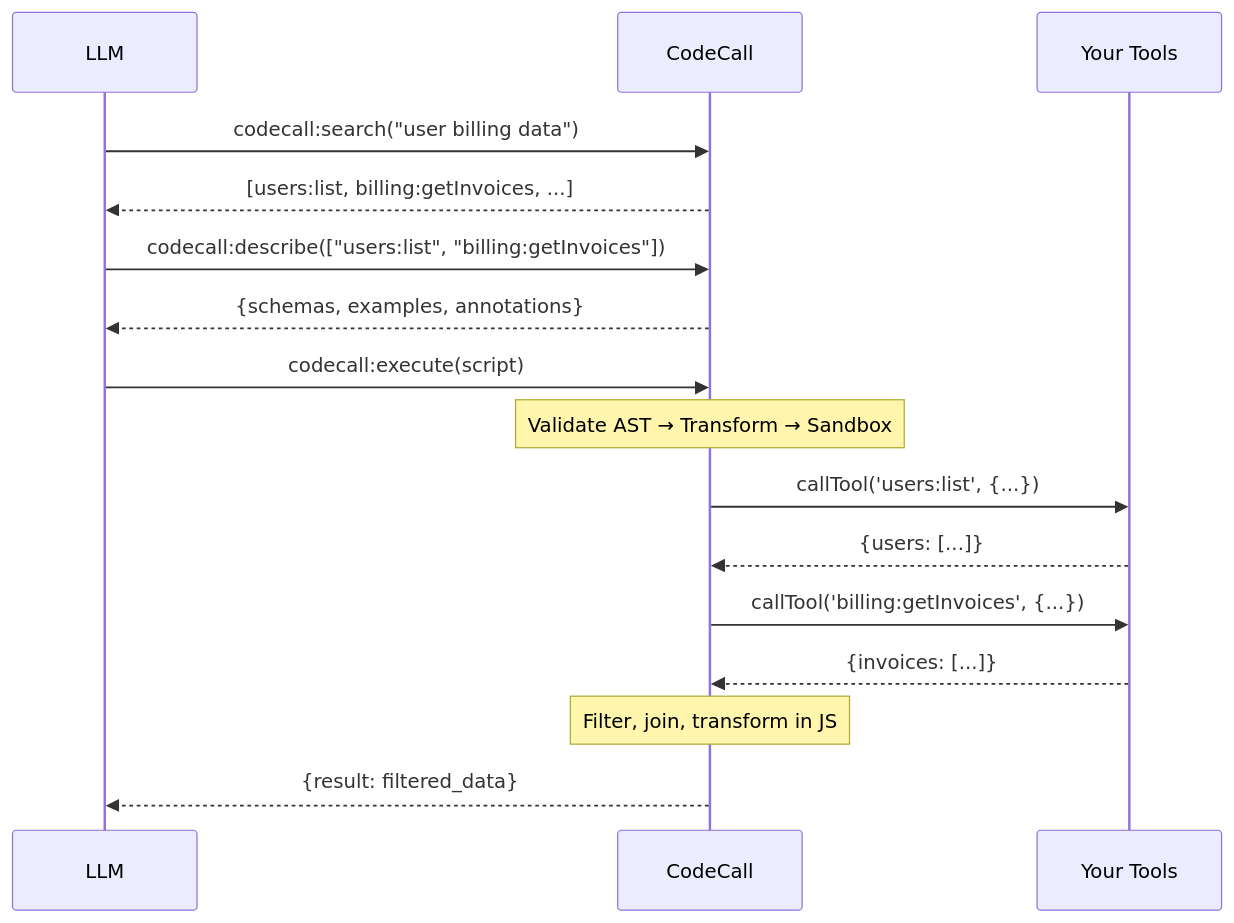
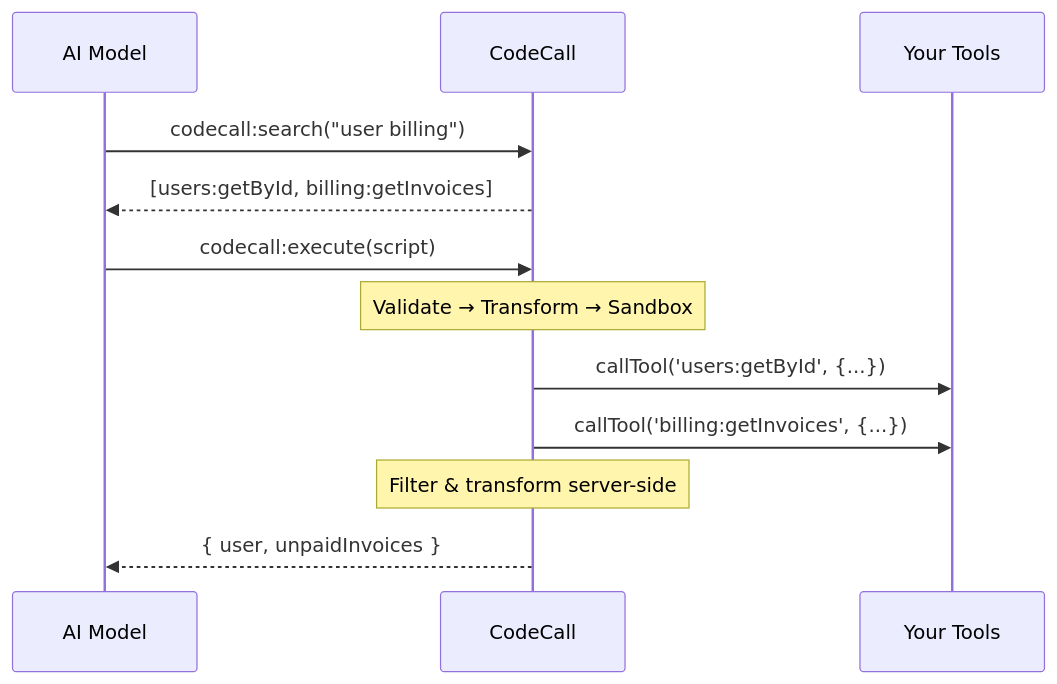
One commit to agentfront/frontmcp changed the diagram in docs/live/docs/plugins/codecall/overview.mdx. Above: the diagram before and after it, drawn with Mermaid. The commit also changed other lines of this file and 8 other files, not shown here.

````diff
--- a/docs/live/docs/plugins/codecall/overview.mdx
+++ b/docs/live/docs/plugins/codecall/overview.mdx
@@ -78,21 +61,16 @@
 ```mermaid
 sequenceDiagram
-    participant LLM as LLM
+    participant AI as AI Model
     participant CC as CodeCall
     participant Tools as Your Tools
 
-    LLM->>CC: codecall:search("user billing data")
-    CC-->>LLM: [users:list, billing:getInvoices, ...]
+    AI->>CC: codecall:search("user billing")
+    CC-->>AI: [users:getById, billing:getInvoices]
 
-    LLM->>CC: codecall:describe(["users:list", "billing:getInvoices"])
-    CC-->>LLM: {schemas, examples, annotations}
-
-    LLM->>CC: codecall:execute(script)
-    Note over CC: Validate AST → Transform → Sandbox
-    CC->>Tools: callTool('users:list', {...})
-    Tools-->>CC: {users: [...]}
+    AI->>CC: codecall:execute(script)
+    Note over CC: Validate → Transform → Sandbox
+    CC->>Tools: callTool('users:getById', {...})
     CC->>Tools: callTool('billing:getInvoices', {...})
-    Tools-->>CC: {invoices: [...]}
-    Note over CC: Filter, join, transform in JS
-    CC-->>LLM: {result: filtered_data}
+    Note over CC: Filter & transform server-side
+    CC-->>AI: { user, unpaidInvoices }
 ```
````
